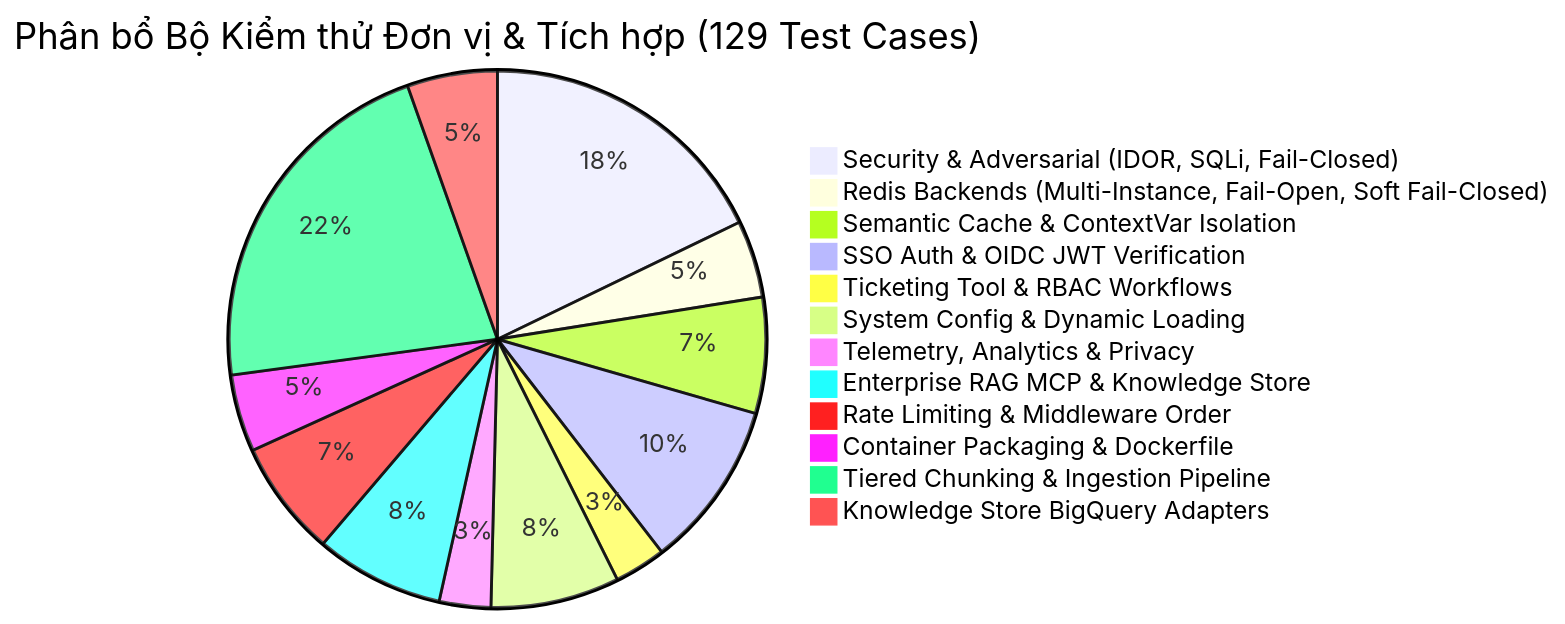
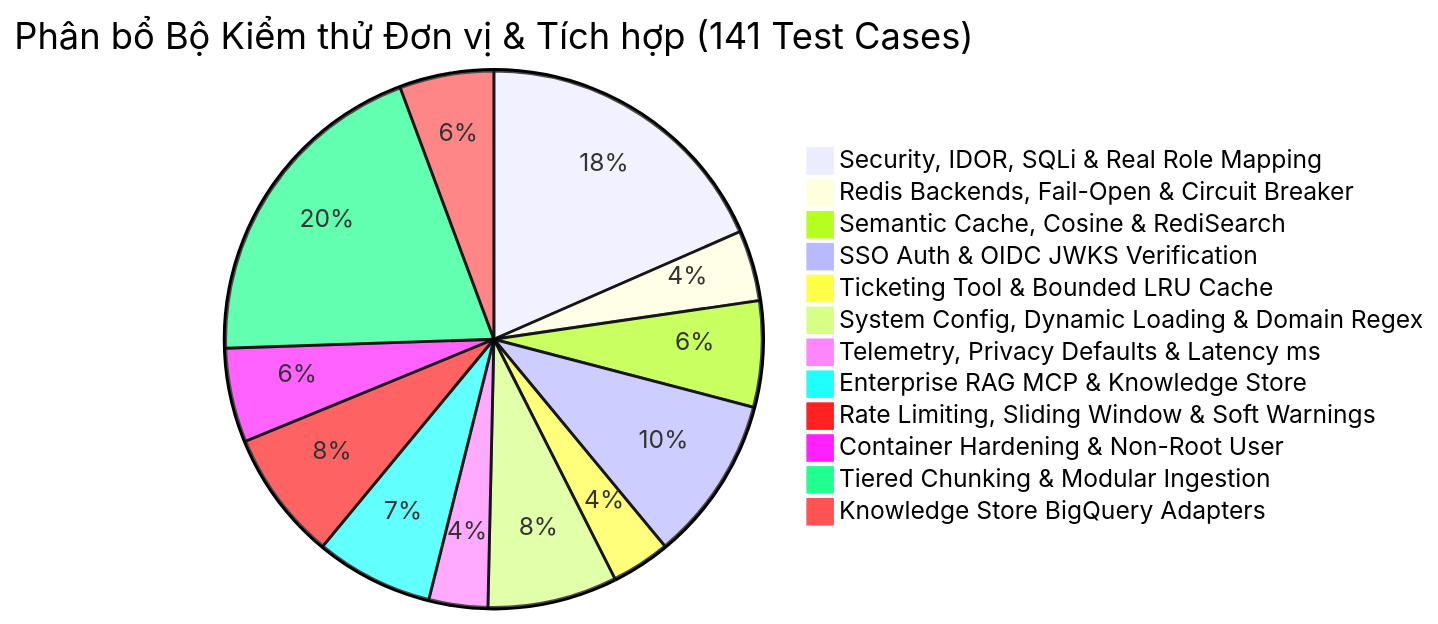
Before and after one commit to TrongDucLuu/enterprise-multi-agent-platform: the seventh of 7 diagrams in Technical_Specification.md, drawn with Mermaid. The commit also changed other lines of this file and 3 other files, not shown here.

````diff
--- a/Technical_Specification.md
+++ b/Technical_Specification.md
@@ -601,15 +625,15 @@
 ```mermaid
-pie title Phân bổ Bộ Kiểm thử Đơn vị & Tích hợp (129 Test Cases)
-    "Security & Adversarial (IDOR, SQLi, Fail-Closed)" : 23
-    "Redis Backends (Multi-Instance, Fail-Open, Soft Fail-Closed)" : 6
-    "Semantic Cache & ContextVar Isolation" : 9
-    "SSO Auth & OIDC JWT Verification" : 13
-    "Ticketing Tool & RBAC Workflows" : 4
-    "System Config & Dynamic Loading" : 10
-    "Telemetry, Analytics & Privacy" : 4
+pie title Phân bổ Bộ Kiểm thử Đơn vị & Tích hợp (141 Test Cases)
+    "Security, IDOR, SQLi & Real Role Mapping" : 26
+    "Redis Backends, Fail-Open & Circuit Breaker" : 6
+    "Semantic Cache, Cosine & RediSearch" : 9
+    "SSO Auth & OIDC JWKS Verification" : 14
+    "Ticketing Tool & Bounded LRU Cache" : 5
+    "System Config, Dynamic Loading & Domain Regex" : 11
+    "Telemetry, Privacy Defaults & Latency ms" : 5
     "Enterprise RAG MCP & Knowledge Store" : 10
-    "Rate Limiting & Middleware Order" : 9
-    "Container Packaging & Dockerfile" : 6
-    "Tiered Chunking & Ingestion Pipeline" : 28
-    "Knowledge Store BigQuery Adapters" : 7
+    "Rate Limiting, Sliding Window & Soft Warnings" : 11
+    "Container Hardening & Non-Root User" : 8
+    "Tiered Chunking & Modular Ingestion" : 28
+    "Knowledge Store BigQuery Adapters" : 8
 ```
````
